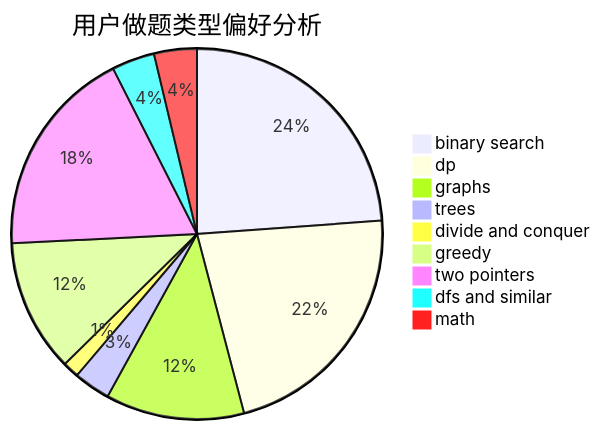
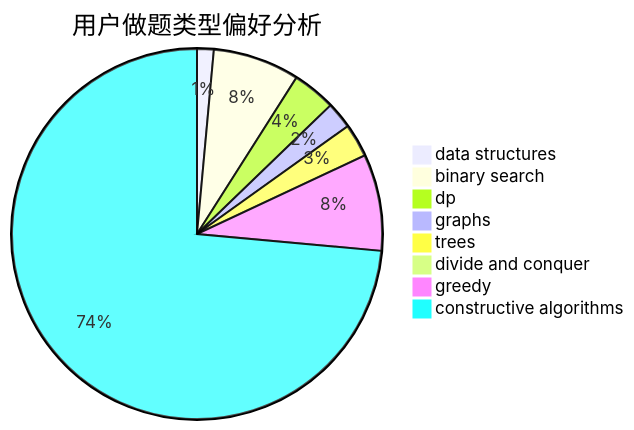
The second of 3 diagrams in docs/user/u2355.md (sherpahu/cfrs.github.io), drawn with Mermaid before and after one commit. The commit also changed other lines of this file and 2775 other files, not shown here.

````diff
--- a/docs/user/u2355.md
+++ b/docs/user/u2355.md
@@ -23,12 +23,11 @@
 ```mermaid
 pie title 用户做题类型偏好分析
-    "binary search" :  134
-    "dp" :  124
-    "graphs" :  68
-    "trees" :  18
-    "divide and conquer" :  8
-    "greedy" :  65
-    "two pointers" :  103
-    "dfs and similar" :  21
-    "math" :  21
+    "data structures" :  5
+    "binary search" :  26
+    "dp" :  13
+    "graphs" :  8
+    "trees" :  10
+    "divide and conquer" :  0
+    "greedy" :  29
+    "constructive algorithms" :  253
 ```
````
